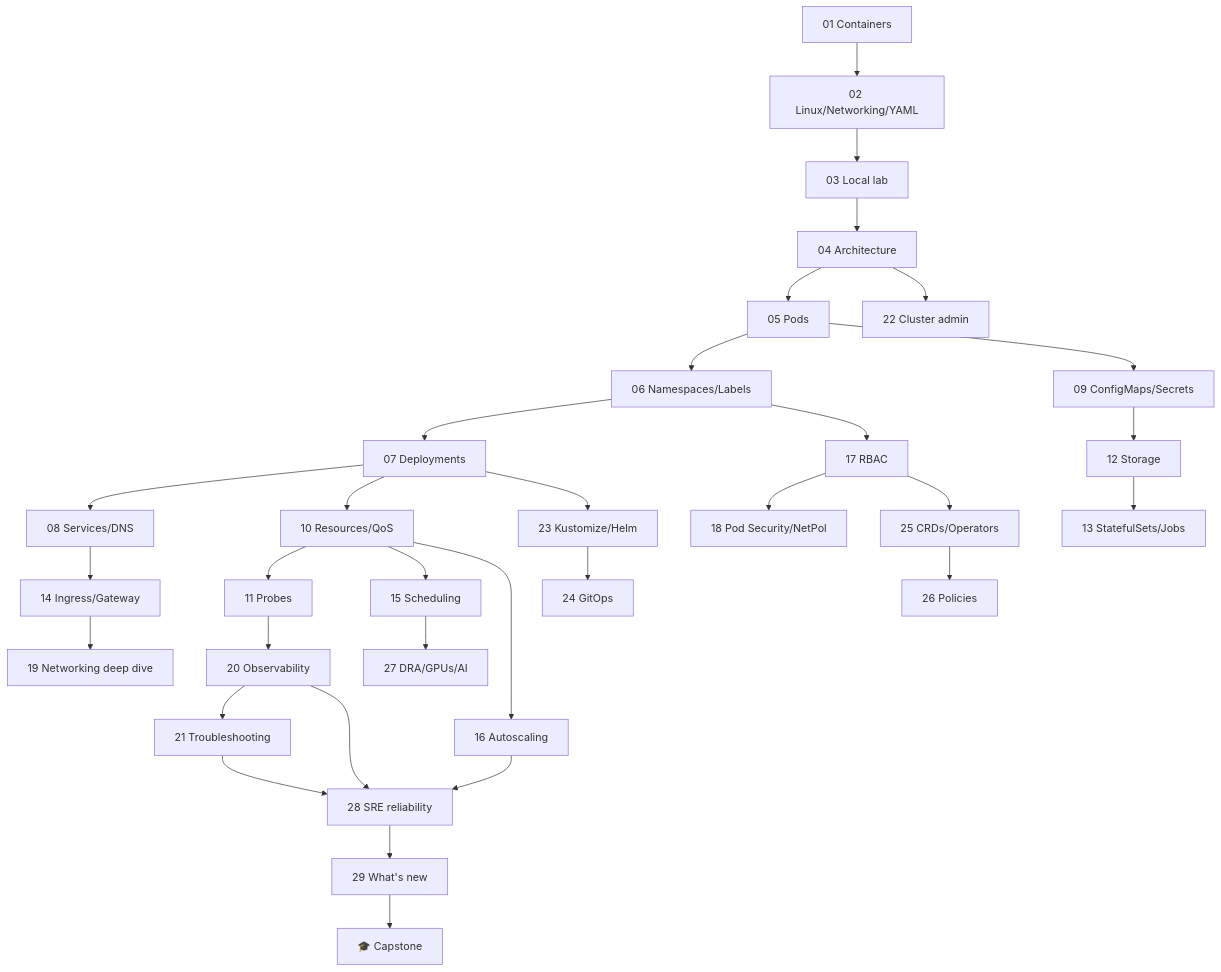
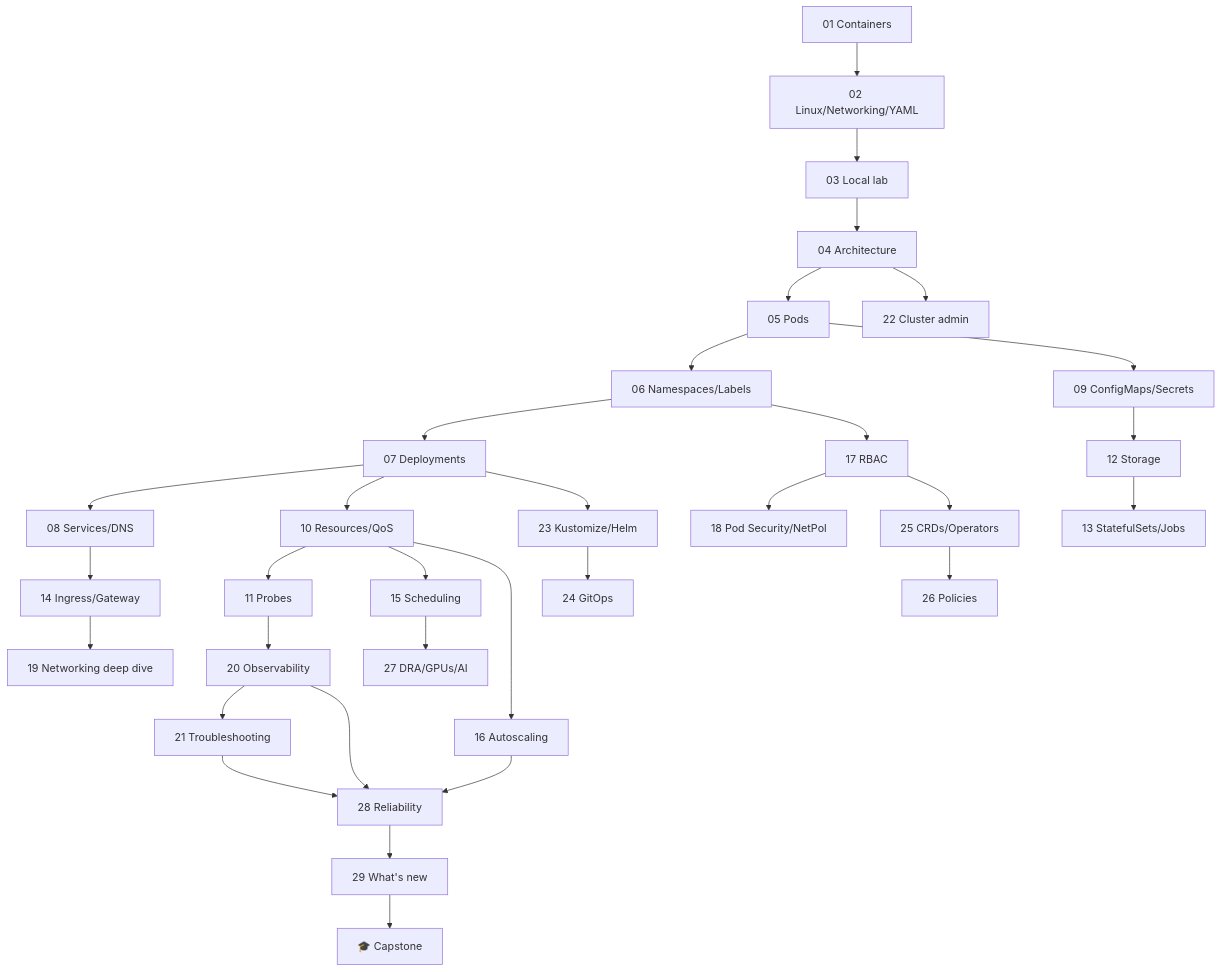
The diagram in docs/learning-path.md (mcipamo/kubernetes-course), drawn with Mermaid before and after one commit. The commit also changed 62 other files, not shown here.

````diff
--- a/docs/learning-path.md
+++ b/docs/learning-path.md
@@ -5,21 +5,21 @@
 ```mermaid
 flowchart TD
     M01[01 Containers] --> M02[02 Linux/Networking/YAML] --> M03[03 Local lab]
     M03 --> M04[04 Architecture] --> M05[05 Pods]
     M05 --> M06[06 Namespaces/Labels] --> M07[07 Deployments] --> M08[08 Services/DNS]
     M05 --> M09[09 ConfigMaps/Secrets]
     M07 --> M10[10 Resources/QoS] --> M11[11 Probes]
     M09 --> M12[12 Storage] --> M13[13 StatefulSets/Jobs]
     M08 --> M14[14 Ingress/Gateway]
     M10 --> M15[15 Scheduling]
     M10 --> M16[16 Autoscaling]
     M06 --> M17[17 RBAC] --> M18[18 Pod Security/NetPol]
     M14 --> M19[19 Networking deep dive]
     M11 --> M20[20 Observability] --> M21[21 Troubleshooting]
     M04 --> M22[22 Cluster admin]
     M07 --> M23[23 Kustomize/Helm] --> M24[24 GitOps]
     M17 --> M25[25 CRDs/Operators] --> M26[26 Policies]
     M15 --> M27[27 DRA/GPUs/AI]
-    M16 & M20 & M21 --> M28[28 SRE reliability]
+    M16 & M20 & M21 --> M28[28 Reliability]
     M28 --> M29[29 What's new] --> CAP[🎓 Capstone]
 ```
````
